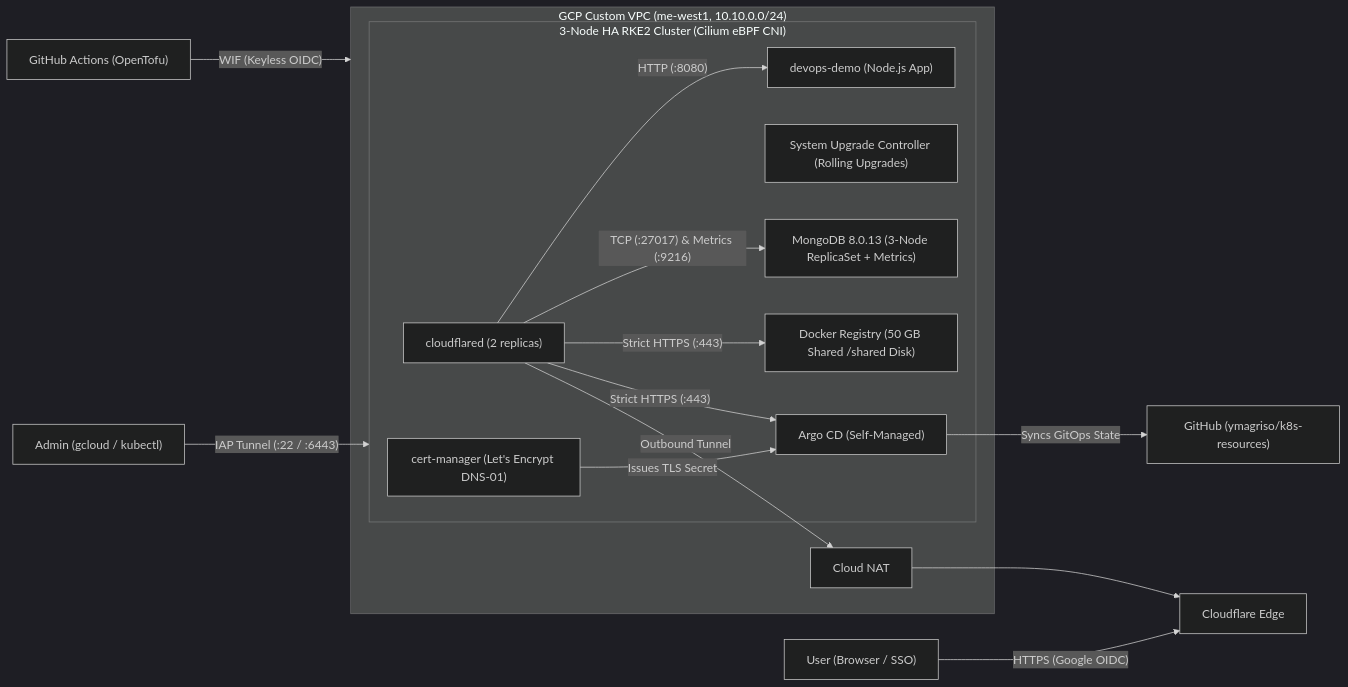
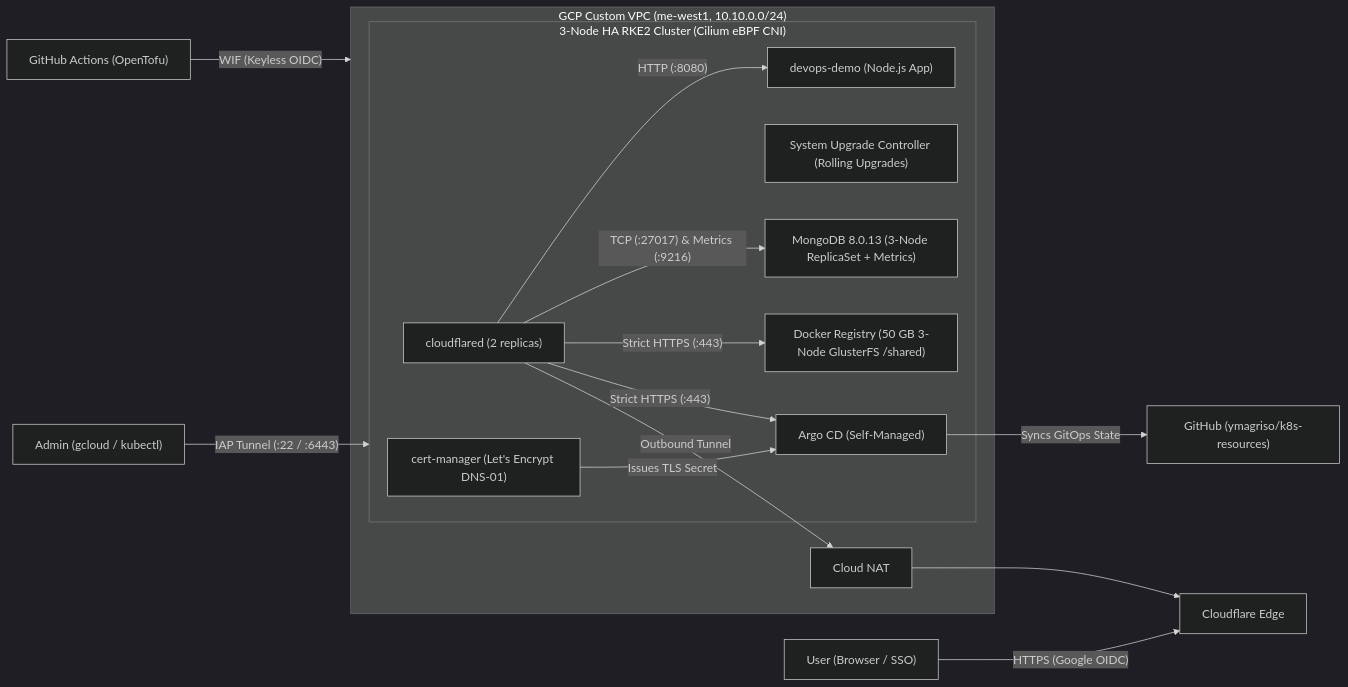
The diagram in README.md (ymagriso/devops-exercise), drawn with Mermaid (dark theme) before and after one commit. The commit also changed 4 other files, not shown here.

First line of the commit message:
feat(storage): migrate /shared from single-node NFS to 3-node GlusterFS (#55)

````diff
--- a/README.md
+++ b/README.md
@@ -11,27 +11,27 @@
 ```mermaid
 flowchart LR
     Admin["Admin (gcloud / kubectl)"] -->|"IAP Tunnel (:22 / :6443)"| RKE2
     User["User (Browser / SSO)"] -->|"HTTPS (Google OIDC)"| CF["Cloudflare Edge"]
     CI["GitHub Actions (OpenTofu)"] -->|"WIF (Keyless OIDC)"| GCP
     subgraph GCP["GCP Custom VPC (me-west1, 10.10.0.0/24)"]
         NAT["Cloud NAT"]
         subgraph RKE2["3-Node HA RKE2 Cluster (Cilium eBPF CNI)"]
             CFD["cloudflared (2 replicas)"]
             Argo["Argo CD (Self-Managed)"]
             CM["cert-manager (Let's Encrypt DNS-01)"]
             SUC["System Upgrade Controller (Rolling Upgrades)"]
             Mongo["MongoDB 8.0.13 (3-Node ReplicaSet + Metrics)"]
-            Registry["Docker Registry (50 GB Shared /shared Disk)"]
+            Registry["Docker Registry (50 GB 3-Node GlusterFS /shared)"]
             Demo["devops-demo (Node.js App)"]
         end
     end
     GH["GitHub (ymagriso/k8s-resources)"]
 
     CFD -->|"Outbound Tunnel"| NAT --> CF
     CFD -->|"Strict HTTPS (:443)"| Argo
     CFD -->|"Strict HTTPS (:443)"| Registry
     CFD -->|"TCP (:27017) & Metrics (:9216)"| Mongo
     CFD -->|"HTTP (:8080)"| Demo
     CM -->|"Issues TLS Secret"| Argo
     Argo -->|"Syncs GitOps State"| GH
 ```
````
